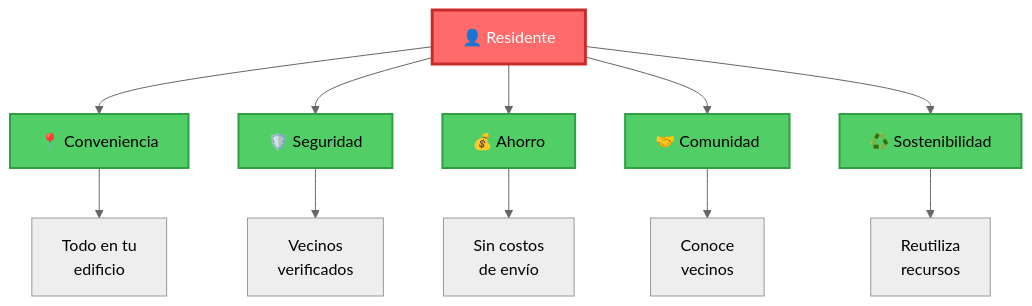
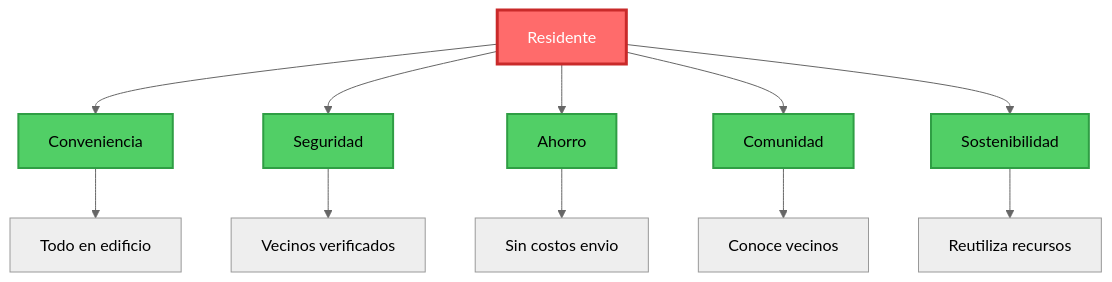
One commit to softv2ware/condomarket.api changed the seventh of 25 diagrams in app.spanish.md. Above: the diagram before and after it, drawn with Mermaid (neutral theme). The commit also changed other lines of this file, not shown here.

````diff
--- a/app.spanish.md
+++ b/app.spanish.md
@@ -420,22 +424,22 @@
 ```mermaid
 graph TB
-    R[👤 Residente]
-    R --> B1[📍 Conveniencia]
-    R --> B2[🛡️ Seguridad]
-    R --> B3[💰 Ahorro]
-    R --> B4[🤝 Comunidad]
-    R --> B5[♻️ Sostenibilidad]
+    R[Residente]
+    R --> B1[Conveniencia]
+    R --> B2[Seguridad]
+    R --> B3[Ahorro]
+    R --> B4[Comunidad]
+    R --> B5[Sostenibilidad]
     
-    B1 --> B1A[Todo en tu<br/>edificio]
-    B2 --> B2A[Vecinos<br/>verificados]
-    B3 --> B3A[Sin costos<br/>de envío]
-    B4 --> B4A[Conoce<br/>vecinos]
-    B5 --> B5A[Reutiliza<br/>recursos]
+    B1 --> B1A[Todo en edificio]
+    B2 --> B2A[Vecinos verificados]
+    B3 --> B3A[Sin costos envio]
+    B4 --> B4A[Conoce vecinos]
+    B5 --> B5A[Reutiliza recursos]
     
     style R fill:#FF6B6B,stroke:#C92A2A,stroke-width:3px,color:#fff
     style B1 fill:#51CF66,stroke:#2F9E44,stroke-width:2px
     style B2 fill:#51CF66,stroke:#2F9E44,stroke-width:2px
     style B3 fill:#51CF66,stroke:#2F9E44,stroke-width:2px
     style B4 fill:#51CF66,stroke:#2F9E44,stroke-width:2px
     style B5 fill:#51CF66,stroke:#2F9E44,stroke-width:2px
 ```
````
